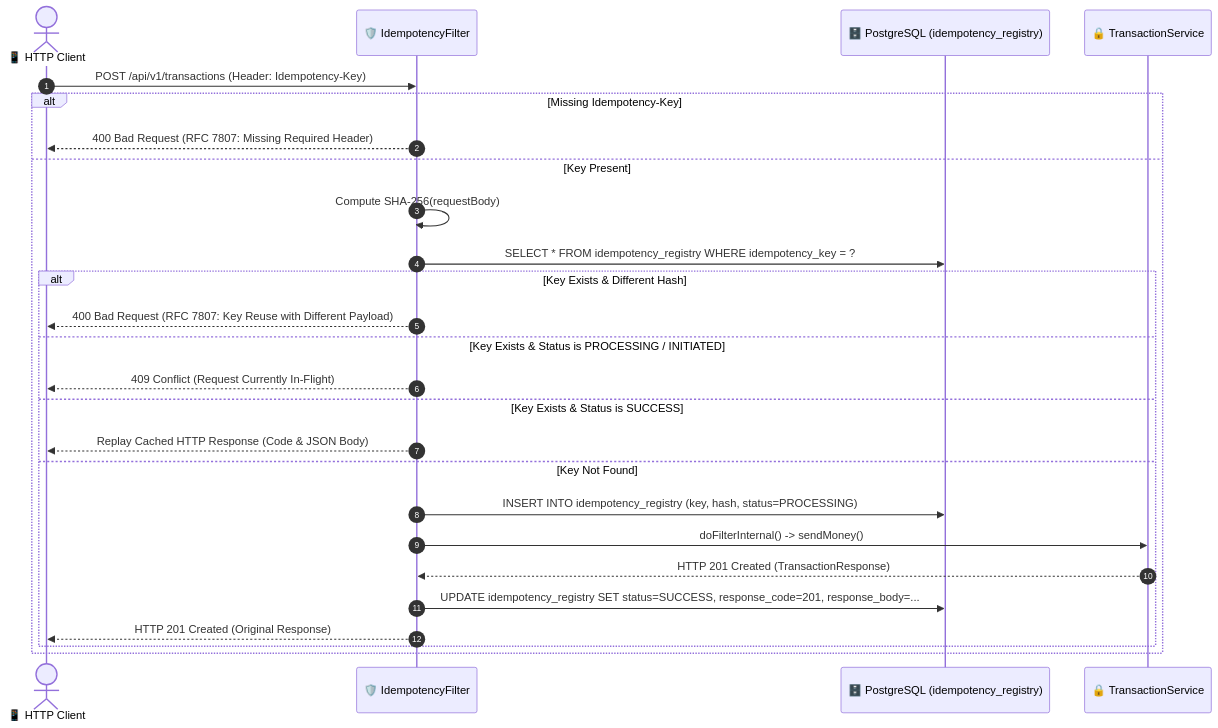
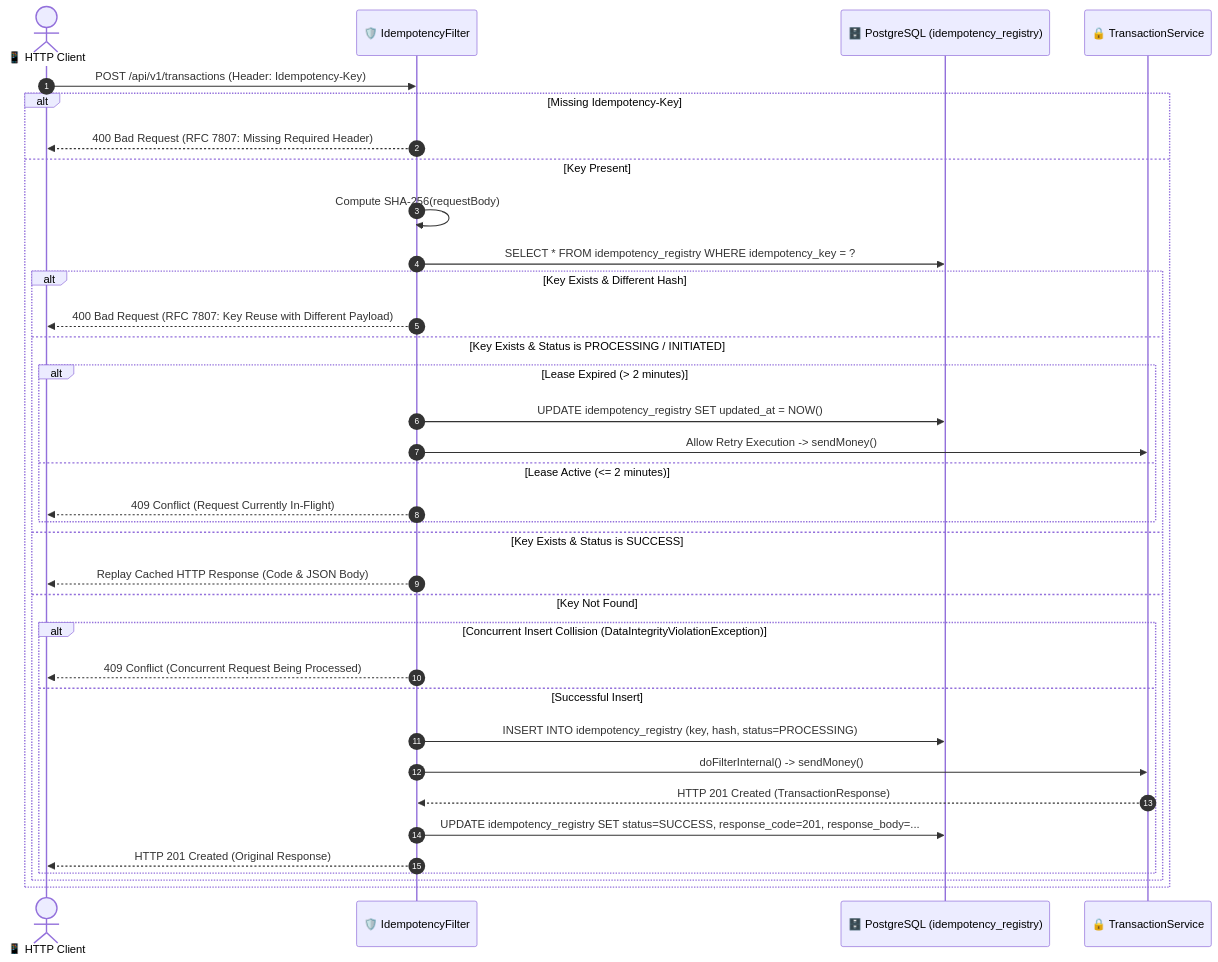
Before and after one commit to shashankch/payflow-api: the second of 3 diagrams in docs/ARCHITECTURE.md, drawn with Mermaid. The commit also changed other lines of this file and 20 other files, not shown here.

````diff
--- a/docs/ARCHITECTURE.md
+++ b/docs/ARCHITECTURE.md
@@ -261,29 +261,38 @@
 ```mermaid
 sequenceDiagram
     autonumber
     actor Client as 📱 HTTP Client
     participant Filter as 🛡️ IdempotencyFilter
     participant DB as 🗄️ PostgreSQL (idempotency_registry)
     participant Engine as 🔒 TransactionService
 
     Client->>Filter: POST /api/v1/transactions (Header: Idempotency-Key)
     alt Missing Idempotency-Key
         Filter-->>Client: 400 Bad Request (RFC 7807: Missing Required Header)
     else Key Present
         Filter->>Filter: Compute SHA-256(requestBody)
         Filter->>DB: SELECT * FROM idempotency_registry WHERE idempotency_key = ?
         alt Key Exists & Different Hash
             Filter-->>Client: 400 Bad Request (RFC 7807: Key Reuse with Different Payload)
         else Key Exists & Status is PROCESSING / INITIATED
-            Filter-->>Client: 409 Conflict (Request Currently In-Flight)
+            alt Lease Expired (> 2 minutes)
+                Filter->>DB: UPDATE idempotency_registry SET updated_at = NOW()
+                Filter->>Engine: Allow Retry Execution -> sendMoney()
+            else Lease Active (<= 2 minutes)
+                Filter-->>Client: 409 Conflict (Request Currently In-Flight)
+            end
         else Key Exists & Status is SUCCESS
             Filter-->>Client: Replay Cached HTTP Response (Code & JSON Body)
         else Key Not Found
-            Filter->>DB: INSERT INTO idempotency_registry (key, hash, status=PROCESSING)
-            Filter->>Engine: doFilterInternal() -> sendMoney()
-            Engine-->>Filter: HTTP 201 Created (TransactionResponse)
-            Filter->>DB: UPDATE idempotency_registry SET status=SUCCESS, response_code=201, response_body=...
-            Filter-->>Client: HTTP 201 Created (Original Response)
+            alt Concurrent Insert Collision (DataIntegrityViolationException)
+                Filter-->>Client: 409 Conflict (Concurrent Request Being Processed)
+            else Successful Insert
+                Filter->>DB: INSERT INTO idempotency_registry (key, hash, status=PROCESSING)
+                Filter->>Engine: doFilterInternal() -> sendMoney()
+                Engine-->>Filter: HTTP 201 Created (TransactionResponse)
+                Filter->>DB: UPDATE idempotency_registry SET status=SUCCESS, response_code=201, response_body=...
+                Filter-->>Client: HTTP 201 Created (Original Response)
+            end
         end
     end
 ```
````
